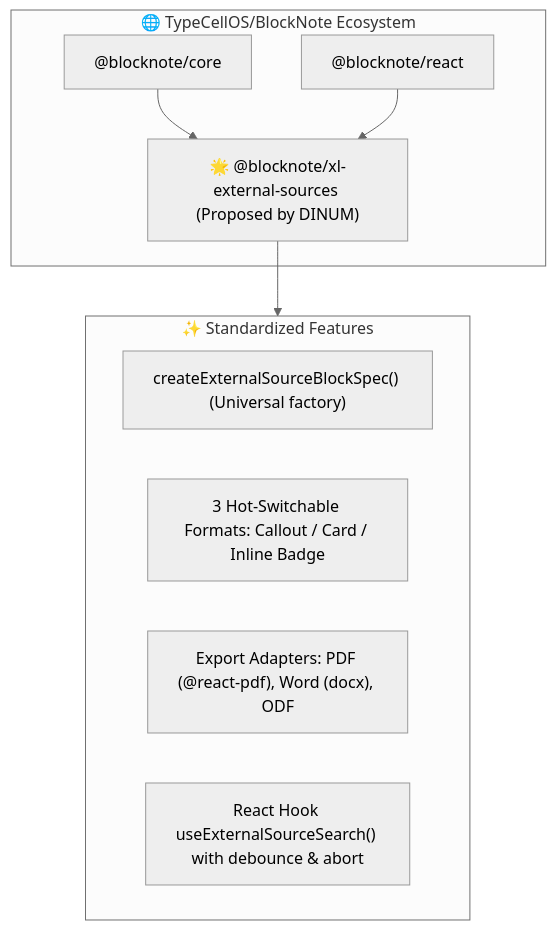
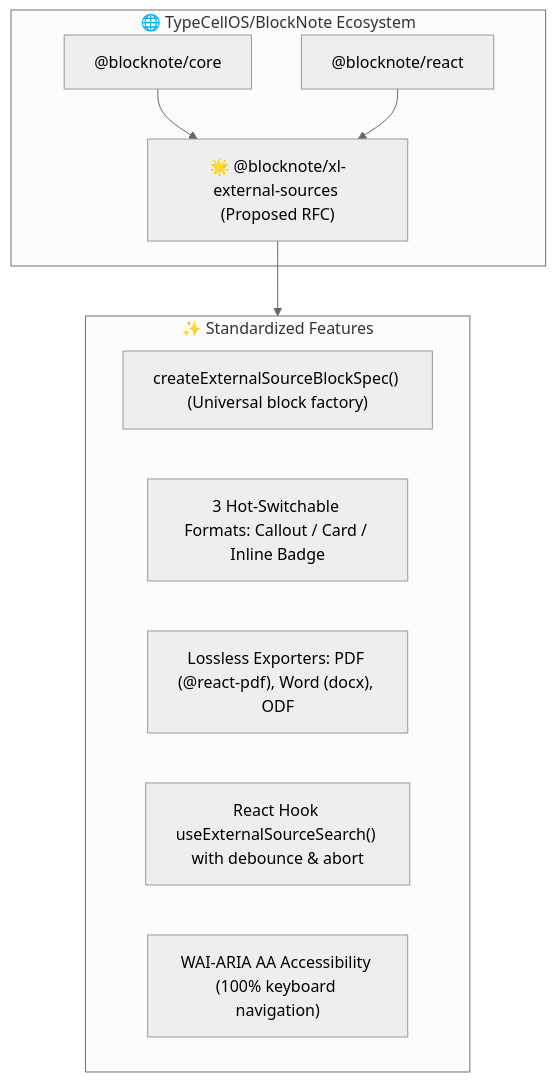
The diagram in PR/03-blocknote-slasher-rfc.md (waxland/dinum-setup), drawn with Mermaid (neutral theme) before and after one commit. The commit also changed other lines of this file, not shown here.

Commit message:
docs(pr): enhance BlockNote RFC dossier with send-pr skills and author waxland

````diff
--- a/PR/03-blocknote-slasher-rfc.md
+++ b/PR/03-blocknote-slasher-rfc.md
@@ -29,19 +44,20 @@
 ```mermaid
 flowchart TD
     subgraph Upstream["🌐 TypeCellOS/BlockNote Ecosystem"]
         Core["@blocknote/core"]
         React["@blocknote/react"]
-        CommunityExt["🌟 @blocknote/xl-external-sources (Proposed by DINUM)"]
+        CommunityExt["🌟 @blocknote/xl-external-sources (Proposed RFC)"]
     end
 
     subgraph Features["✨ Standardized Features"]
-        F1["createExternalSourceBlockSpec() (Universal factory)"]
+        F1["createExternalSourceBlockSpec() (Universal block factory)"]
         F2["3 Hot-Switchable Formats: Callout / Card / Inline Badge"]
-        F3["Export Adapters: PDF (@react-pdf), Word (docx), ODF"]
+        F3["Lossless Exporters: PDF (@react-pdf), Word (docx), ODF"]
         F4["React Hook useExternalSourceSearch() with debounce & abort"]
+        F5["WAI-ARIA AA Accessibility (100% keyboard navigation)"]
     end
 
     Core --> CommunityExt
     React --> CommunityExt
     CommunityExt --> Features
 ```
````
